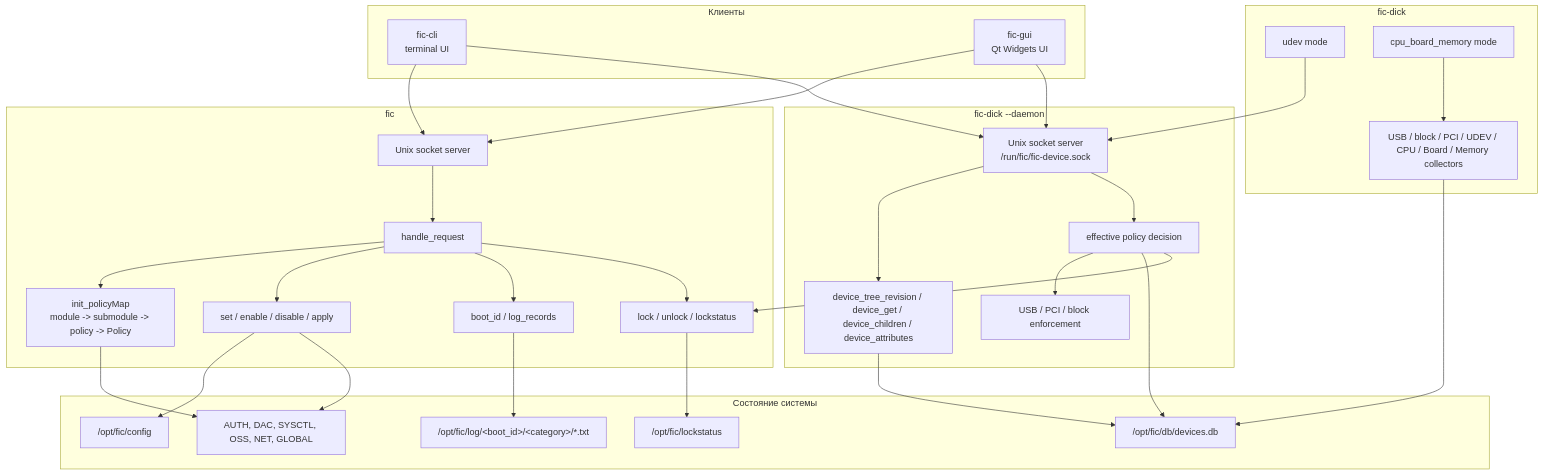
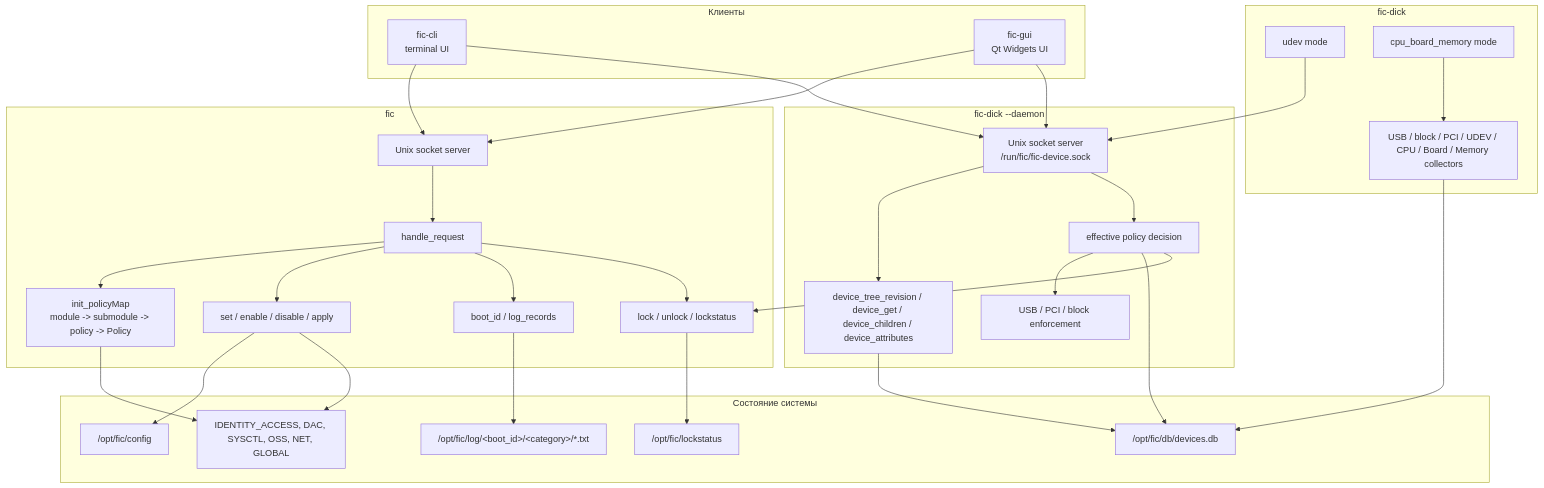
Before and after one commit to RevoltStar/FIC: the second of 17 diagrams in docs/architecture-diagrams.md, drawn with Mermaid. The commit also changed other lines of this file and 70 other files, not shown here.

Commit message:
Реализации структуры IDENTITY_ACCESS:{Kerberos, SSSD, Pam, Nss}

````diff
--- a/docs/architecture-diagrams.md
+++ b/docs/architecture-diagrams.md
@@ -69,63 +69,63 @@
 ```mermaid
 flowchart TB
     subgraph Clients[Клиенты]
         cli["fic-cli<br/>terminal UI"]
         gui["fic-gui<br/>Qt Widgets UI"]
     end
 
     subgraph Daemon[fic]
         ipcServer[Unix socket server]
         requestRouter[handle_request]
         policyMap["init_policyMap<br/>module -> submodule -> policy -> Policy"]
         policyOps[set / enable / disable / apply]
         logApi[boot_id / log_records]
         lockApi[lock / unlock / lockstatus]
     end
 
     subgraph DeviceDaemon["fic-dick --daemon"]
         deviceIpc[Unix socket server<br/>/run/fic/fic-device.sock]
         deviceApi[device_tree_revision / device_get / device_children / device_attributes]
         devicePolicy[effective policy decision]
         deviceApply[USB / PCI / block enforcement]
     end
 
     subgraph CoreStorage[Состояние системы]
         config["/opt/fic/config"]
-        modules[AUTH, DAC, SYSCTL, OSS, NET, GLOBAL]
+        modules[IDENTITY_ACCESS, DAC, SYSCTL, OSS, NET, GLOBAL]
         logs["/opt/fic/log/&lt;boot_id&gt;/&lt;category&gt;/*.txt"]
         db["/opt/fic/db/devices.db"]
         lockstatus["/opt/fic/lockstatus"]
     end
 
     subgraph Collectors[fic-dick]
         udevMode[udev mode]
         staticMode[cpu_board_memory mode]
         collectors[USB / block / PCI / UDEV / CPU / Board / Memory collectors]
     end
 
     cli --> ipcServer
     gui --> ipcServer
     cli --> deviceIpc
     gui --> deviceIpc
     ipcServer --> requestRouter
     requestRouter --> policyMap
     requestRouter --> policyOps
     requestRouter --> logApi
     requestRouter --> lockApi
     deviceIpc --> deviceApi
     deviceIpc --> devicePolicy
     devicePolicy --> deviceApply
 
     policyMap --> modules
     policyOps --> config
     policyOps --> modules
     logApi --> logs
     deviceApi --> db
     devicePolicy --> db
     lockApi --> lockstatus
     devicePolicy --> lockApi
 
     udevMode --> deviceIpc
     staticMode --> collectors
     collectors --> db
 ```
````
